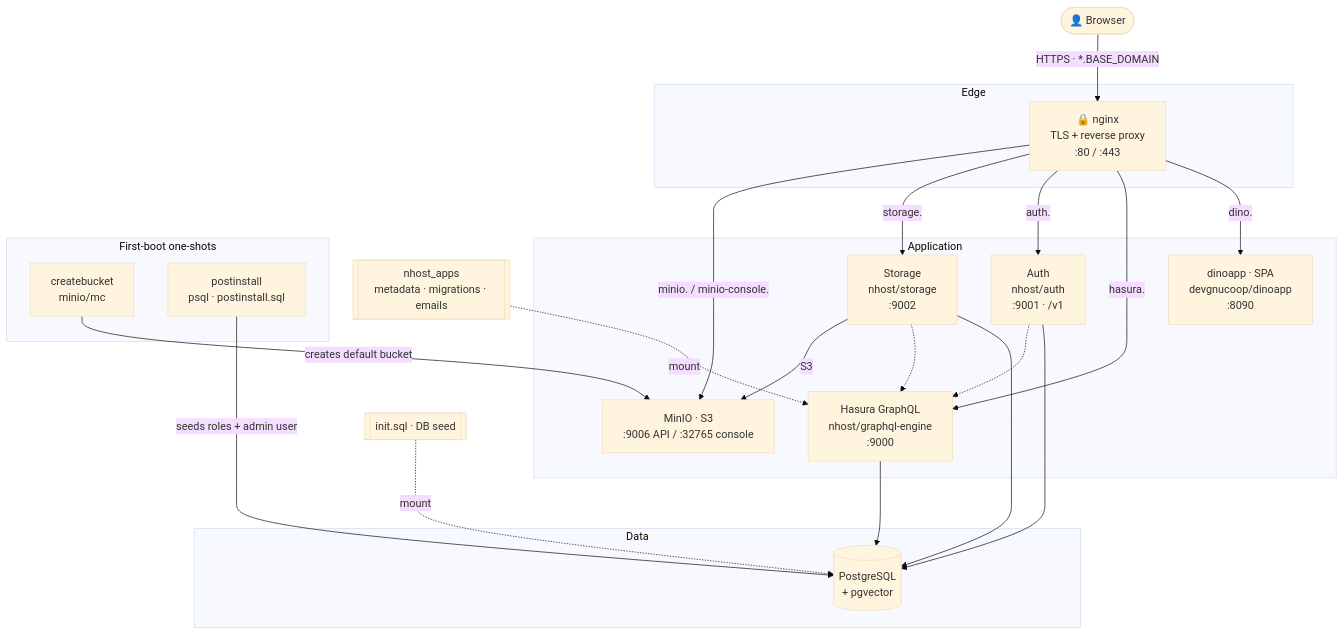
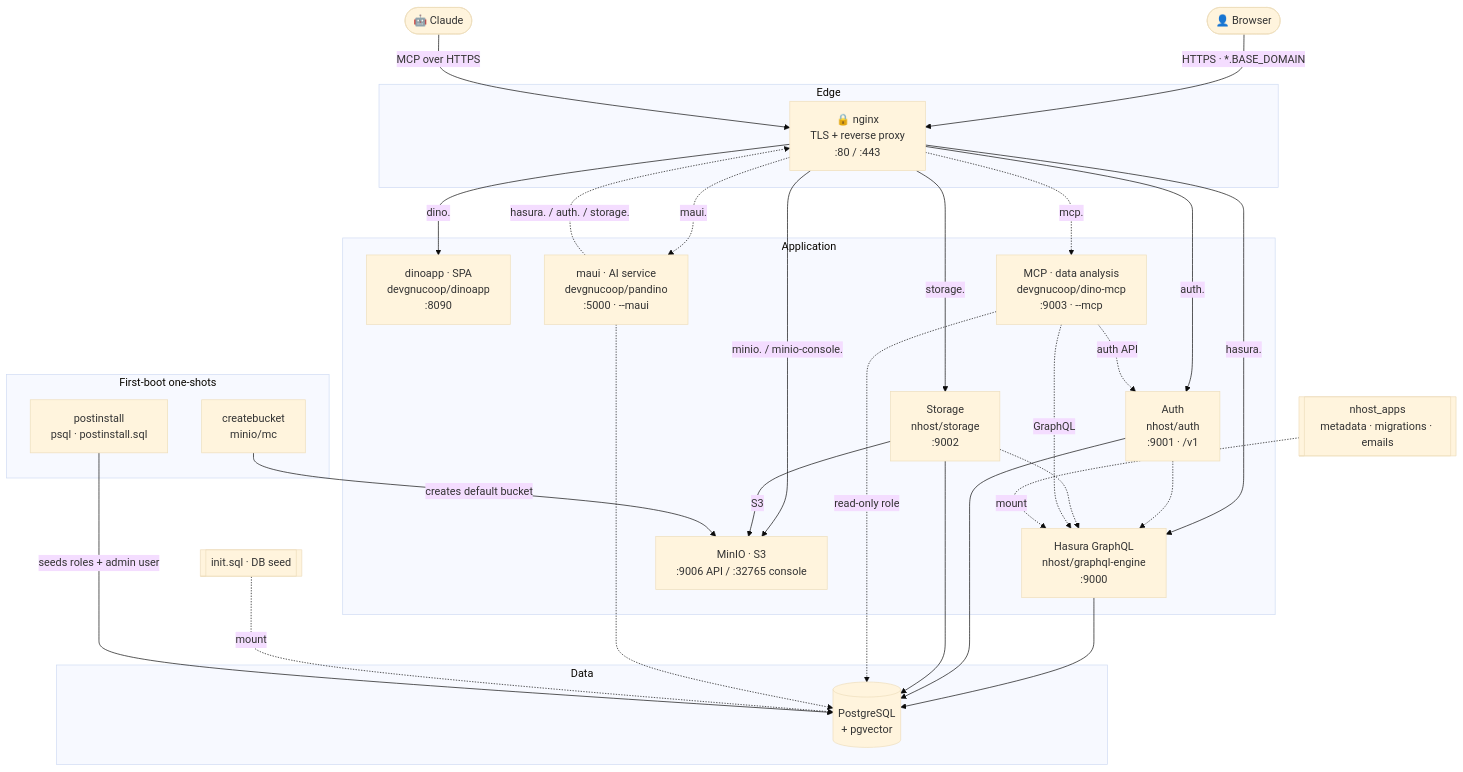
Before and after one commit to gnucoop/dino-install: the diagram in README.md, drawn with Mermaid (base theme). The commit also changed other lines of this file and 8 other files, not shown here.

First line of the commit message:
setup: add optional --mcp and --maui components

````diff
--- a/README.md
+++ b/README.md
@@ -40,47 +45,58 @@
 ```mermaid
 flowchart TB
     U(["👤 Browser"])
+    C(["🤖 Claude"])
 
     subgraph PROXY["Edge"]
         N["🔒 nginx<br>TLS + reverse proxy<br>:80 / :443"]
     end
 
     subgraph APP["Application"]
         D["dinoapp · SPA<br>devgnucoop/dinoapp<br>:8090"]
         G["Hasura GraphQL<br>nhost/graphql-engine<br>:9000"]
         A["Auth<br>nhost/auth<br>:9001 · /v1"]
         S["Storage<br>nhost/storage<br>:9002"]
         M["MinIO · S3<br>:9006 API / :32765 console"]
+        MC["MCP · data analysis<br>devgnucoop/dino-mcp<br>:9003 · --mcp"]
+        MA["maui · AI service<br>devgnucoop/pandino<br>:5000 · --maui"]
     end
 
     subgraph DATA["Data"]
         P[("PostgreSQL<br>+ pgvector")]
     end
 
     subgraph BOOT["First-boot one-shots"]
         CB["createbucket<br>minio/mc"]
         PI["postinstall<br>psql · postinstall.sql"]
     end
 
     NA[["nhost_apps<br>metadata · migrations · emails"]]
     IS[["init.sql · DB seed"]]
 
     U -->|"HTTPS · *.BASE_DOMAIN"| N
+    C -->|"MCP over HTTPS"| N
     N -->|"dino."| D
     N -->|"hasura."| G
     N -->|"auth."| A
     N -->|"storage."| S
     N -->|"minio. / minio-console."| M
+    N -.->|"mcp."| MC
+    N -.->|"maui."| MA
 
     G --> P
     A --> P
     A -.-> G
     S --> P
     S -.-> G
     S -->|"S3"| M
+    MC -.->|"read-only role"| P
+    MC -.->|"GraphQL"| G
+    MC -.->|"auth API"| A
+    MA -.-> P
+    MA -.->|"hasura. / auth. / storage."| N
 
     NA -. "mount" .-> G
     IS -. "mount" .-> P
     CB -->|"creates default bucket"| M
     PI -->|"seeds roles + admin user"| P
 ```
````
